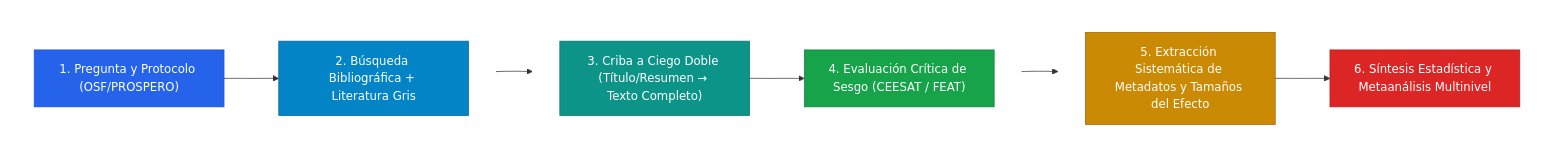
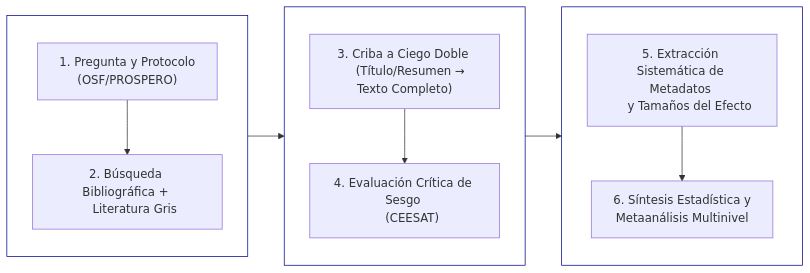
Before and after one commit to rodianfonseca/revisiones-sistematicas: the first of 2 diagrams in revisiones_sistematicas.qmd, drawn with Mermaid. The commit also changed other lines of this file and 158 other files, not shown here.

````diff
--- a/revisiones_sistematicas.qmd
+++ b/revisiones_sistematicas.qmd
@@ -153,41 +155,32 @@
 ```{mermaid}
+%%| mermaid-format: png
+%%| fig-width: 13
+%%| fig-align: center
+
 flowchart LR
-    %% Bloque de la Fila 1 (Izquierda a Derecha)
-    subgraph Fila1 [" "]
-        direction LR
-        A["1. Pregunta y Protocolo (OSF/PROSPERO)"] --> B["2. Búsqueda Bibliográfica + Literatura Gris"]
-    end
+  subgraph SGA [" "]
+  direction TB
+    A["1. Pregunta y Protocolo
+    (OSF/PROSPERO)"] --> B["2. Búsqueda Bibliográfica + 
+    Literatura Gris"]
+  end
+  subgraph SGB [" "]
+  direction TB
+    C["3. Criba a Ciego Doble 
+    (Título/Resumen → Texto Completo)"] --> D["4. Evaluación Crítica de Sesgo 
+    (CEESAT)"]
+  end
+  subgraph SGC [" "]
+  direction TB
+    E["5. Extracción Sistemática de Metadatos 
+    y Tamaños del Efecto"] --> F["6. Síntesis Estadística y 
+    Metaanálisis Multinivel"]
+  end
+  SGA --> SGB
+  SGB --> SGC
 
-    %% Bloque de la Fila 2 (Izquierda a Derecha)
-    subgraph Fila2 [" "]
-        direction LR
-        C["3. Criba a Ciego Doble (Título/Resumen → Texto Completo)"] --> D["4. Evaluación Crítica de Sesgo (CEESAT / FEAT)"]
-    end
-
-    %% Bloque de la Fila 3 (Izquierda a Derecha)
-    subgraph Fila3 [" "]
-        direction LR
-        E["5. Extracción Sistemática de Metadatos y Tamaños del Efecto"] --> F["6. Síntesis Estadística y Metaanálisis Multinivel"]
-    end
-
-    %% Conexiones verticales entre filas externas
-    B --> C
-    D --> E
-
-    %% Enlaces invisibles estructurales para obligar a las filas a apilarse verticalmente
-    A ~~~ C
-    C ~~~ E
-
-    %% Estilos para limpiar el diseño y ocultar contenedores
-    style Fila1 fill:none,stroke:none
-    style Fila2 fill:none,stroke:none
-    style Fila3 fill:none,stroke:none
-
-
-    style A fill:#2563eb,stroke:#1d4ed8,color:#fff
-    style B fill:#0284c7,stroke:#0369a1,color:#fff
-    style C fill:#0d9488,stroke:#0f766e,color:#fff
-    style D fill:#16a34a,stroke:#15803d,color:#fff
-    style E fill:#ca8a04,stroke:#a16207,color:#fff
-    style F fill:#dc2626,stroke:#b91c1c,color:#fff
+  %% Estilos para limpiar el diseño y ocultar contenedores
+    style SGA fill:none,stroke:#00008B
+    style SGB fill:none,stroke:#00008B
+    style SGC fill:none,stroke:#00008B
 ```
````
